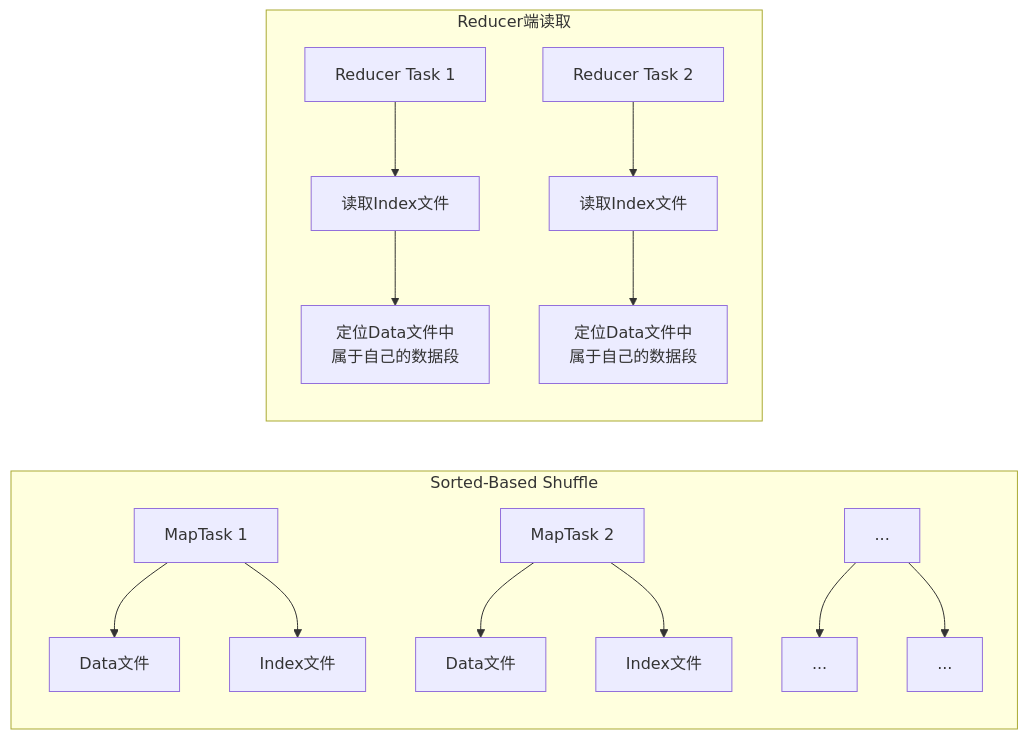
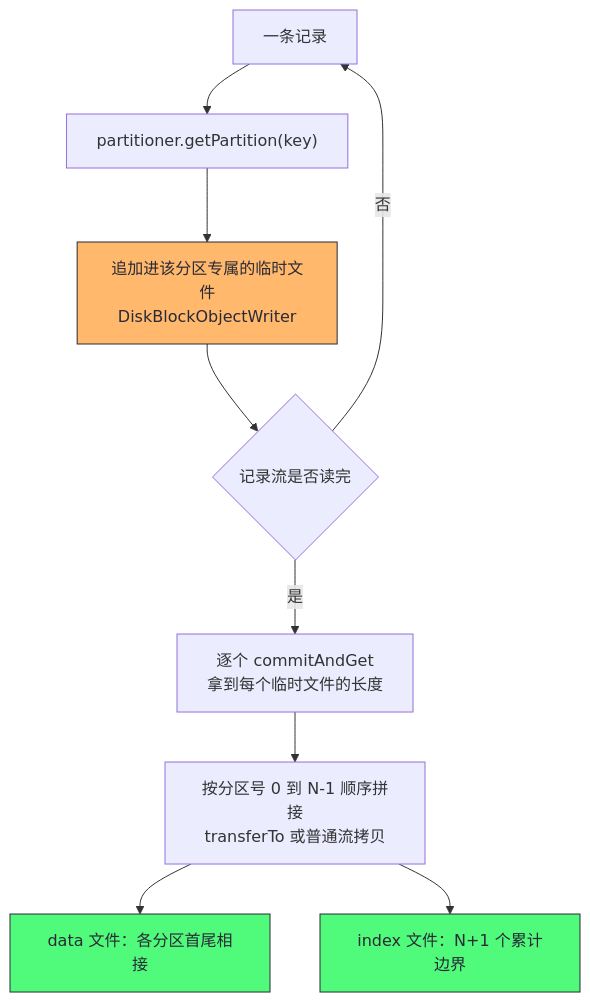
Before and after one commit to hpliStartAgain/my-brain: the fourth of 6 diagrams in content/大数据/Spark/读书笔记-spark内核/05_Shuffle核心机制/5. Spark_Shuffle演进_Hash_to_Sort.md, drawn with Mermaid. The commit also changed other lines of this file and 259 other files, not shown here.

````diff
--- a/content/大数据/Spark/读书笔记-spark内核/05_Shuffle核心机制/5. Spark_Shuffle演进_Hash_to_Sort.md
+++ b/content/大数据/Spark/读书笔记-spark内核/05_Shuffle核心机制/5. Spark_Shuffle演进_Hash_to_Sort.md
@@ -90,21 +353,16 @@
 ```mermaid
-flowchart LR
-    subgraph "Sorted-Based Shuffle"
-        A["MapTask 1"] --> B["Data文件"]
-        A --> C["Index文件"]
-        
-        D["MapTask 2"] --> E["Data文件"]
-        D --> F["Index文件"]
-        
-        G["..."] --> H["..."]
-        G --> I["..."]
-    end
-    
-    subgraph "Reducer端读取"
-        J["Reducer Task 1"] --> K["读取Index文件"]
-        K --> L["定位Data文件中<br>属于自己的数据段"]
-        
-        M["Reducer Task 2"] --> N["读取Index文件"]
-        N --> O["定位Data文件中<br>属于自己的数据段"]
-    end
+%%{init: {'theme': 'dracula'}}%%
+flowchart TD
+    A["一条记录"] --> B["partitioner.getPartition(key)"]
+    B --> C["追加进该分区专属的临时文件<br/>DiskBlockObjectWriter"]
+    C --> D{"记录流是否读完"}
+    D -- "否" --> A
+    D -- "是" --> E["逐个 commitAndGet<br/>拿到每个临时文件的长度"]
+    E --> F["按分区号 0 到 N-1 顺序拼接<br/>transferTo 或普通流拷贝"]
+    F --> G["data 文件：各分区首尾相接"]
+    F --> H["index 文件：N+1 个累计边界"]
+    classDef temp fill:#ffb86c,stroke:#282a36,color:#282a36
+    classDef file fill:#50fa7b,stroke:#282a36,color:#282a36
+    class C temp
+    class G,H file
 ```
````
